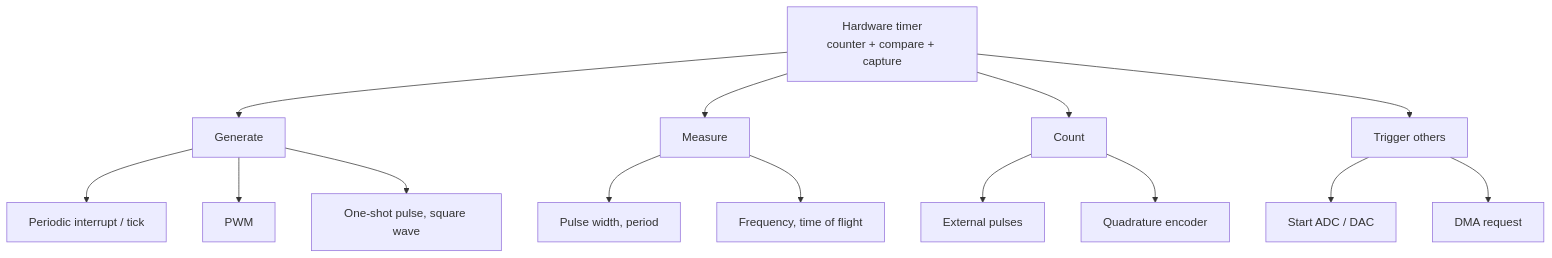
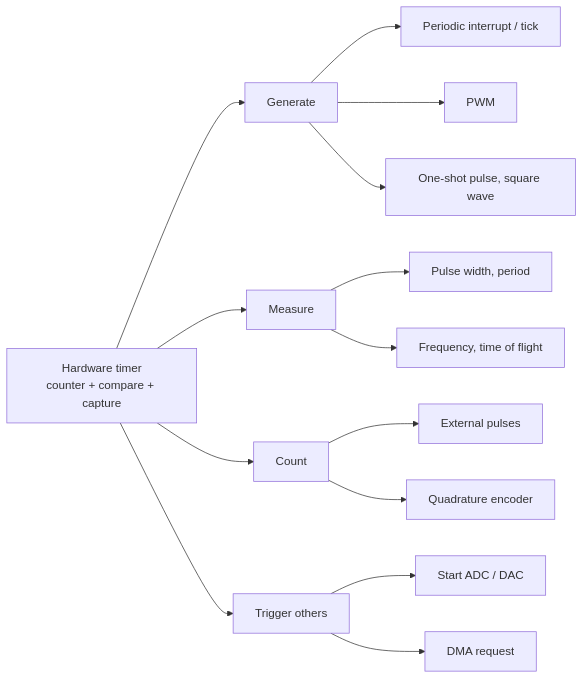
One commit to atallm7/monty-prep changed the diagram in content/questions/q0790.md. Above: the diagram before and after it, drawn with Mermaid. The commit also changed 25 other files, not shown here.

````diff
--- a/content/questions/q0790.md
+++ b/content/questions/q0790.md
@@ -106,16 +106,16 @@
 ```mermaid
-flowchart TB
+flowchart LR
   T["Hardware timer<br/>counter + compare + capture"] --> G["Generate"]
   T --> M["Measure"]
   T --> C["Count"]
   T --> X["Trigger others"]
   G --> G1["Periodic interrupt / tick"]
   G --> G2["PWM"]
   G --> G3["One-shot pulse, square wave"]
   M --> M1["Pulse width, period"]
   M --> M2["Frequency, time of flight"]
   C --> C1["External pulses"]
   C --> C2["Quadrature encoder"]
   X --> X1["Start ADC / DAC"]
   X --> X2["DMA request"]
 ```
````
